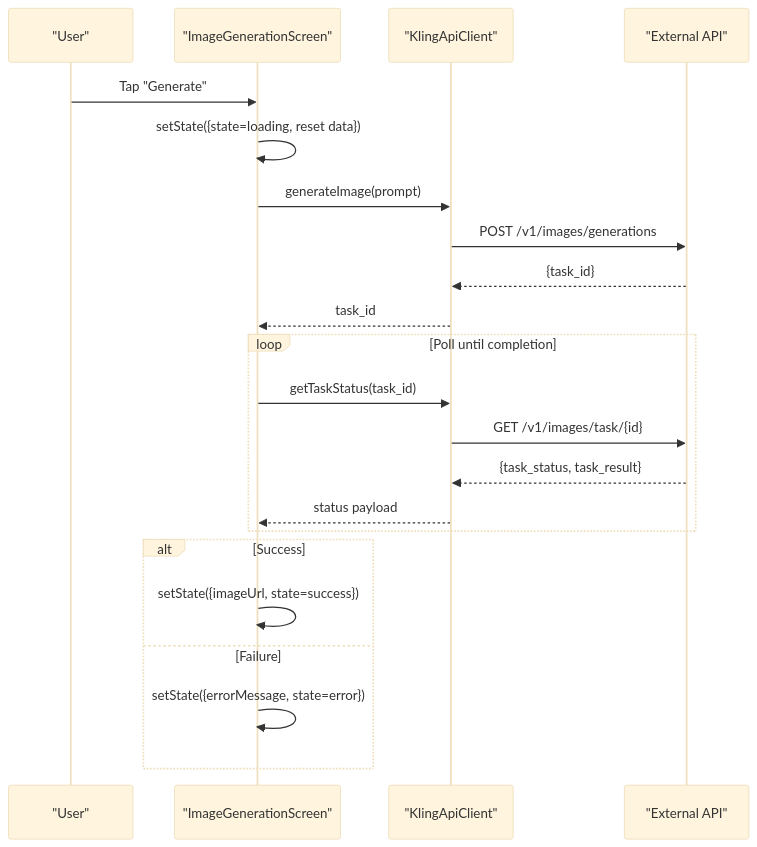
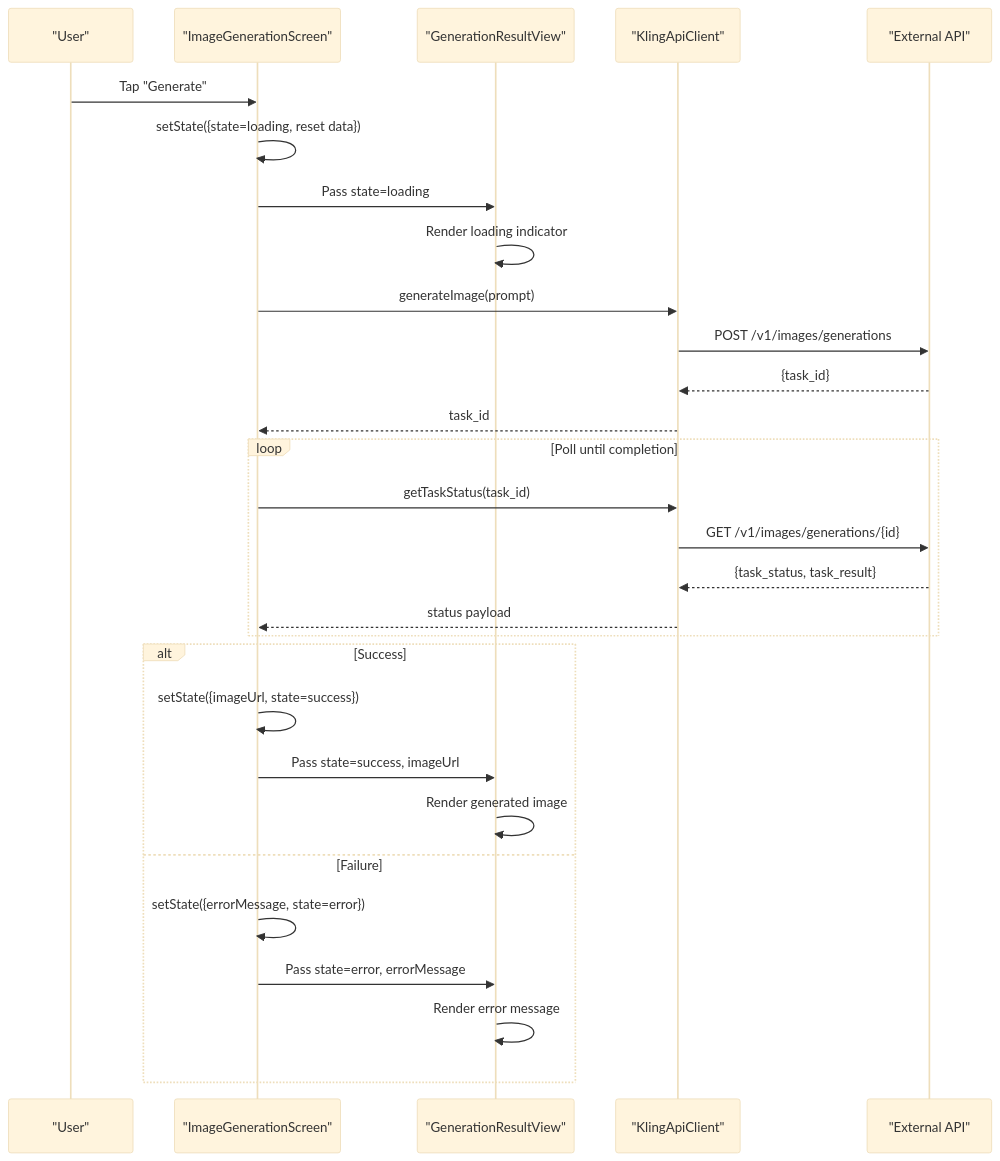
Before and after one commit to cripnail/kling_app: the second of 5 diagrams in .qoder/repowiki/en/content/Core Features/State Management.md, drawn with Mermaid (base theme). The commit also changed other lines of this file and 15 other files, not shown here.

````diff
--- a/.qoder/repowiki/en/content/Core Features/State Management.md
+++ b/.qoder/repowiki/en/content/Core Features/State Management.md
@@ -68,24 +90,31 @@
 ```mermaid
 sequenceDiagram
 participant User as "User"
 participant Screen as "ImageGenerationScreen"
+participant ResultView as "GenerationResultView"
 participant Client as "KlingApiClient"
 participant API as "External API"
 User->>Screen : Tap "Generate"
 Screen->>Screen : setState({state=loading, reset data})
+Screen->>ResultView : Pass state=loading
+ResultView->>ResultView : Render loading indicator
 Screen->>Client : generateImage(prompt)
 Client->>API : POST /v1/images/generations
 API-->>Client : {task_id}
 Client-->>Screen : task_id
 loop Poll until completion
 Screen->>Client : getTaskStatus(task_id)
-Client->>API : GET /v1/images/task/{id}
+Client->>API : GET /v1/images/generations/{id}
 API-->>Client : {task_status, task_result}
 Client-->>Screen : status payload
 end
 alt Success
 Screen->>Screen : setState({imageUrl, state=success})
+Screen->>ResultView : Pass state=success, imageUrl
+ResultView->>ResultView : Render generated image
 else Failure
 Screen->>Screen : setState({errorMessage, state=error})
+Screen->>ResultView : Pass state=error, errorMessage
+ResultView->>ResultView : Render error message
 end
 ```
````
